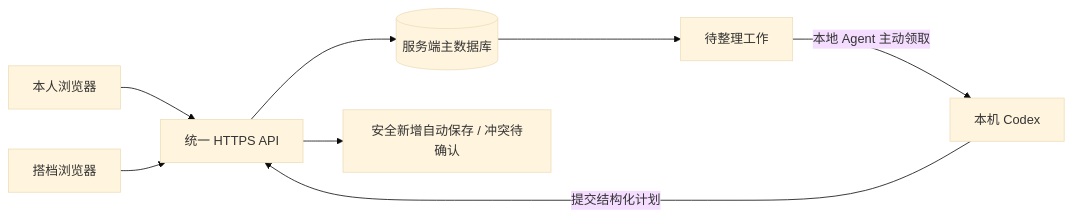
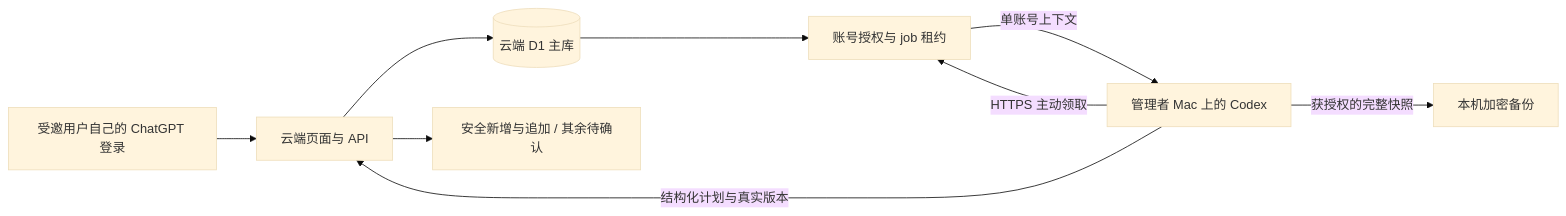
One commit to Su-Chen-Love/liubai changed the diagram in ARCHITECTURE.md. Above: the diagram before and after it, drawn with Mermaid (base theme). The commit also changed other lines of this file and 43 other files, not shown here.

````diff
--- a/ARCHITECTURE.md
+++ b/ARCHITECTURE.md
@@ -32,10 +22,11 @@
 ```mermaid
 flowchart LR
-  A[本人浏览器] --> C[统一 HTTPS API]
-  B[搭档浏览器] --> C
-  C --> D[(服务端主数据库)]
-  D --> J[待整理工作]
-  J -->|本地 Agent 主动领取| W[本机 Codex]
-  W -->|提交结构化计划| C
-  C --> R[安全新增自动保存 / 冲突待确认]
+  U[受邀用户自己的 ChatGPT 登录] --> A[云端页面与 API]
+  A --> D[(云端 D1 主库)]
+  D --> J[账号授权与 job 租约]
+  M[管理者 Mac 上的 Codex] -->|HTTPS 主动领取| J
+  J -->|单账号上下文| M
+  M -->|结构化计划与真实版本| A
+  A --> R[安全新增与追加 / 其余待确认]
+  M -->|获授权的完整快照| B[本机加密备份]
 ```
````
